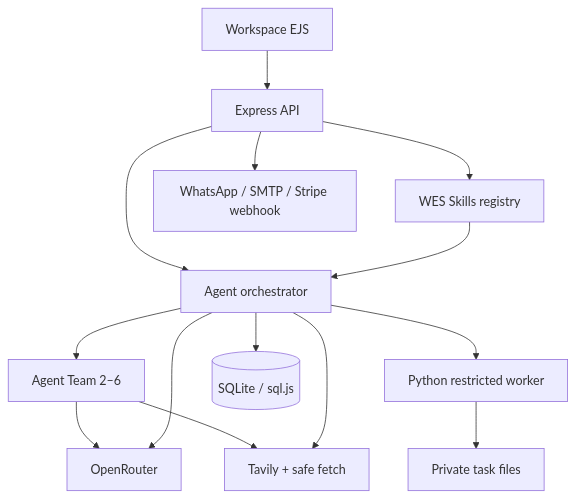
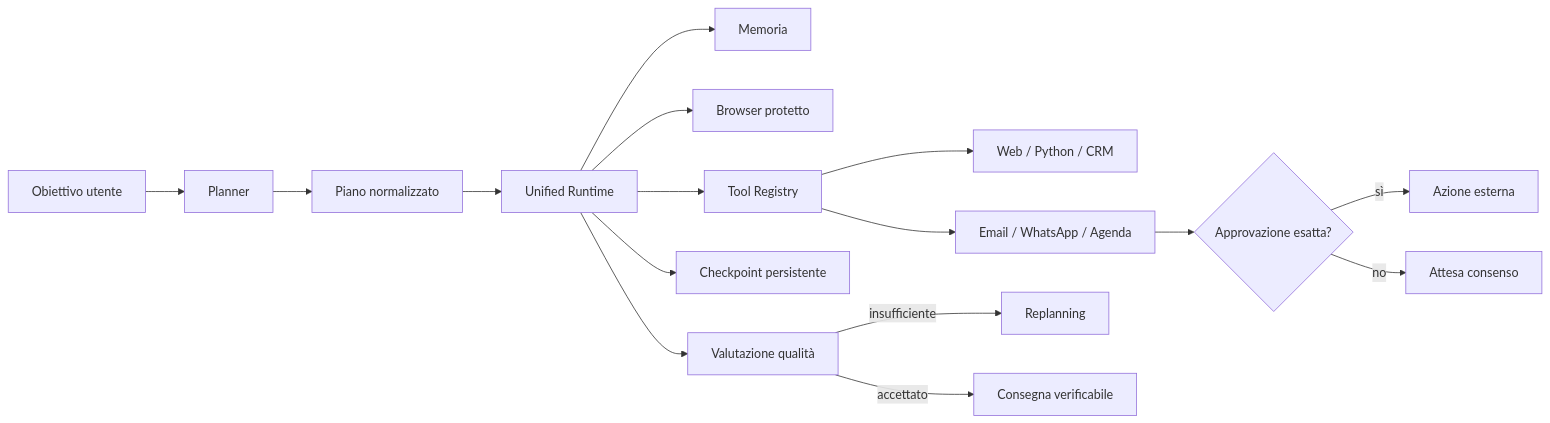
One commit to walterzannoni90-netizen/piattaformaipersonale changed the diagram in README.md. Above: the diagram before and after it, drawn with Mermaid. The commit also changed other lines of this file, not shown here.

Commit message:
Rewrite README with architecture visual and current runtime status

````diff
--- a/README.md
+++ b/README.md
@@ -29,16 +42,18 @@
 ```mermaid
-flowchart TD
-    UI[Workspace EJS] --> API[Express API]
-    API --> ORCH[Agent orchestrator]
-    API --> SKILLS[WES Skills registry]
-    SKILLS --> ORCH
-    ORCH --> TEAM[Agent Team 2–6]
-    TEAM --> AI
-    TEAM --> WEB
-    ORCH --> AI[OpenRouter]
-    ORCH --> WEB[Tavily + safe fetch]
-    ORCH --> PY[Python restricted worker]
-    ORCH --> CRM[(SQLite / sql.js)]
-    PY --> FILES[Private task files]
-    API --> CHANNELS[WhatsApp / SMTP / Stripe webhook]
+flowchart LR
+    U[Obiettivo utente] --> P[Planner]
+    P --> N[Piano normalizzato]
+    N --> R[Unified Runtime]
+    R --> M[Memoria]
+    R --> B[Browser protetto]
+    R --> T[Tool Registry]
+    T --> W[Web / Python / CRM]
+    T --> E[Email / WhatsApp / Agenda]
+    E --> A{Approvazione esatta?}
+    A -->|sì| X[Azione esterna]
+    A -->|no| H[Attesa consenso]
+    R --> C[Checkpoint persistente]
+    R --> Q[Valutazione qualità]
+    Q -->|insufficiente| RP[Replanning]
+    Q -->|accettato| D[Consegna verificabile]
 ```
````
